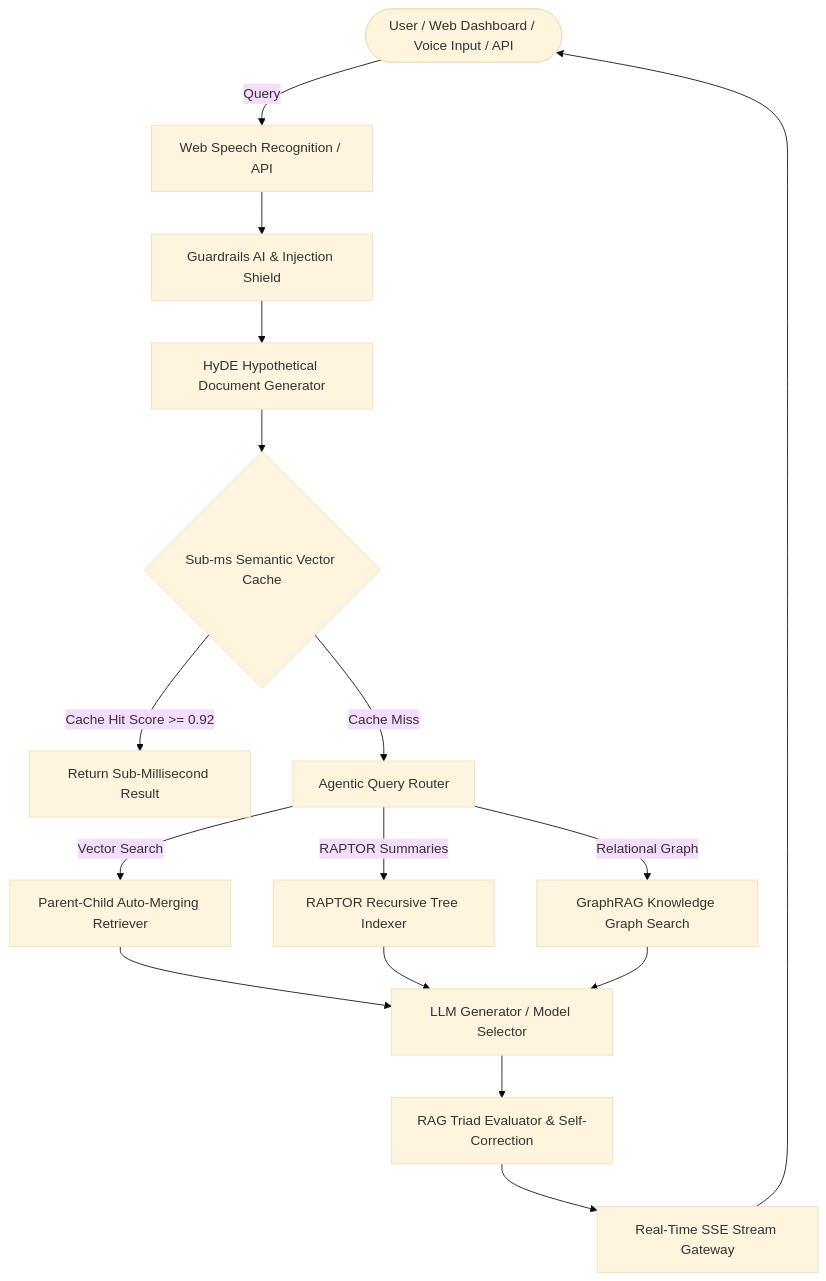
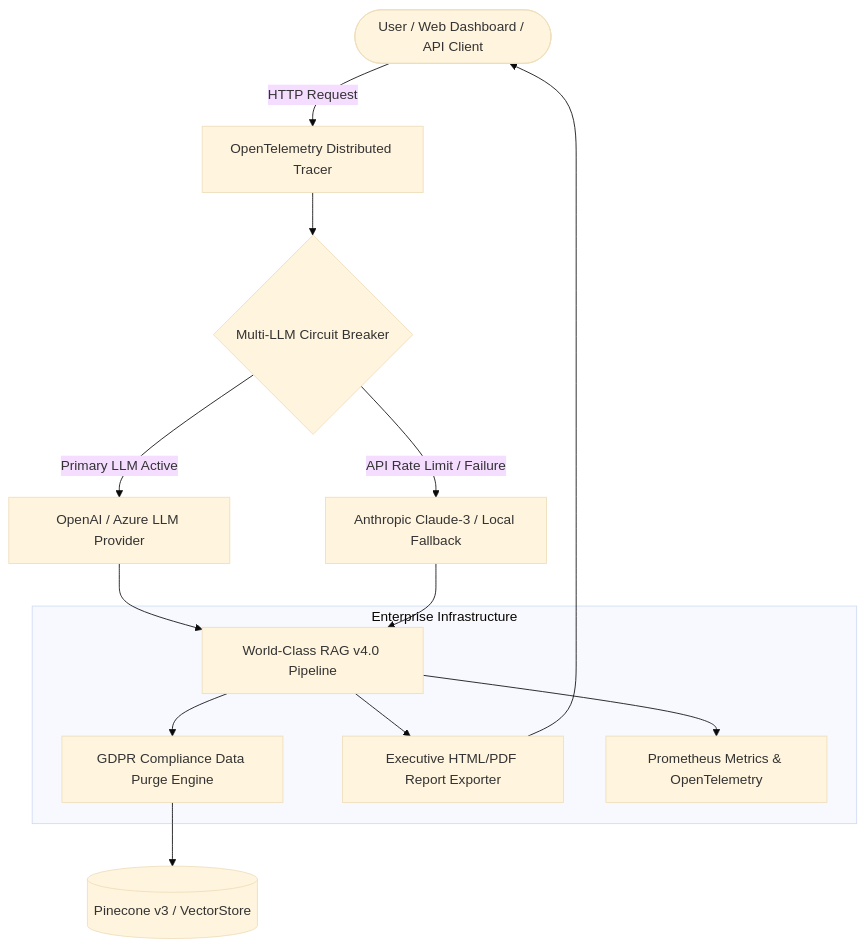
One commit to udbhav968-creator/RAG-PROJECT changed the diagram in README.md. Above: the diagram before and after it, drawn with Mermaid (base theme). The commit also changed other lines of this file and 11 other files, not shown here.

Commit message:
feat(tier1): release Fortune 500 Enterprise Suite with Circuit Breaker, OpenTelemetry, GDPR Purge Engine, Report Generator, and Terraform IaC

````diff
--- a/README.md
+++ b/README.md
@@ -30,23 +28,20 @@
 ```mermaid
 flowchart TD
-    User([User / Web Dashboard / Voice Input / API]) -->|Query| Voice[Web Speech Recognition / API]
-    Voice --> Guardrails[Guardrails AI & Injection Shield]
+    User([User / Web Dashboard / API Client]) -->|HTTP Request| Tracing[OpenTelemetry Distributed Tracer]
+    Tracing --> CircuitBreaker{Multi-LLM Circuit Breaker}
     
-    Guardrails --> HyDE[HyDE Hypothetical Document Generator]
-    HyDE --> SemanticCache{Sub-ms Semantic Vector Cache}
+    CircuitBreaker -- Primary LLM Active --> Primary[OpenAI / Azure LLM Provider]
+    CircuitBreaker -- API Rate Limit / Failure --> Failover[Anthropic Claude-3 / Local Fallback]
     
-    SemanticCache -->|Cache Hit Score >= 0.92| SubMsResp[Return Sub-Millisecond Result]
-    SemanticCache -->|Cache Miss| Router[Agentic Query Router]
+    Primary --> RAGPipeline[World-Class RAG v4.0 Pipeline]
+    Failover --> RAGPipeline
     
-    Router -->|Vector Search| ParentChild[Parent-Child Auto-Merging Retriever]
-    Router -->|RAPTOR Summaries| RAPTOR[RAPTOR Recursive Tree Indexer]
-    Router -->|Relational Graph| GraphRAG[GraphRAG Knowledge Graph Search]
+    subgraph Enterprise Infrastructure
+        RAGPipeline --> GDPR[GDPR Compliance Data Purge Engine]
+        RAGPipeline --> ReportGen[Executive HTML/PDF Report Exporter]
+        RAGPipeline --> Telemetry[Prometheus Metrics & OpenTelemetry]
+    end
     
-    ParentChild --> Generator[LLM Generator / Model Selector]
-    RAPTOR --> Generator
-    GraphRAG --> Generator
-    
-    Generator --> TriadEval[RAG Triad Evaluator & Self-Correction]
-    TriadEval --> SSEStream[Real-Time SSE Stream Gateway]
-    SSEStream --> User
+    GDPR --> VectorStore[(Pinecone v3 / VectorStore)]
+    ReportGen --> User
 ```
````
